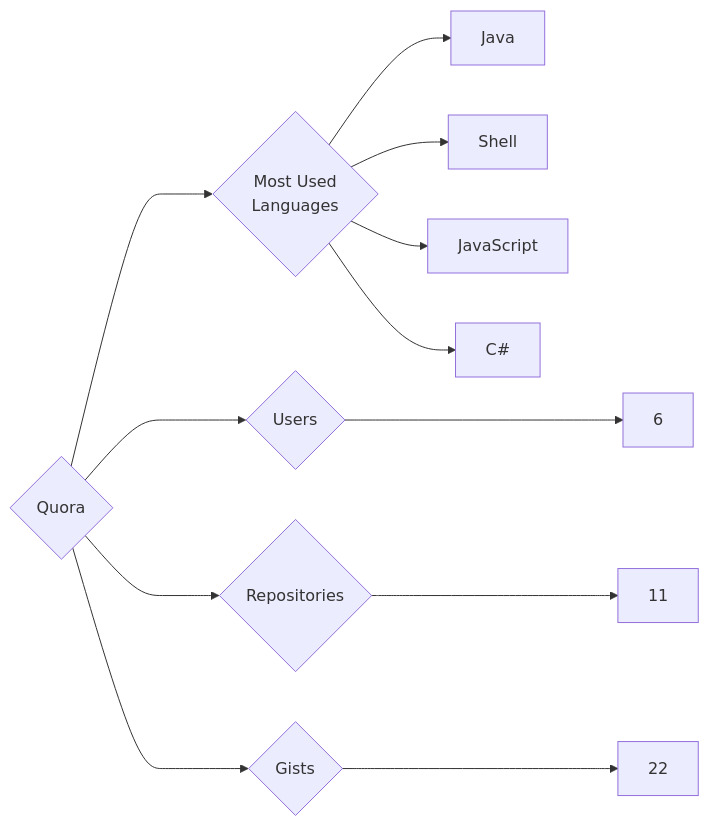
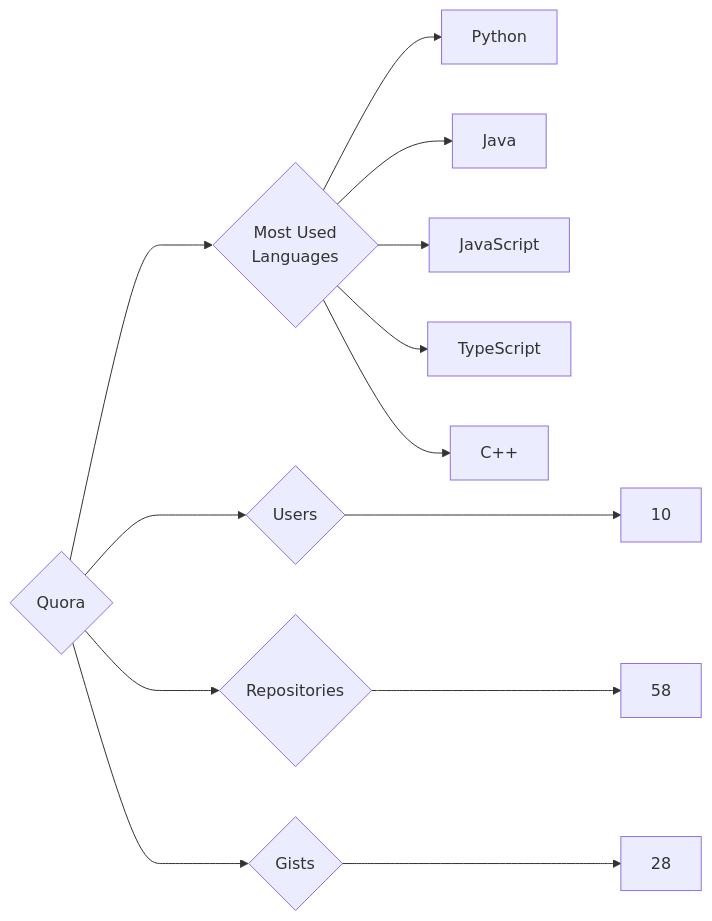
The diagram in targets/Quora/README.md (trickest/insiders), drawn with Mermaid before and after one commit. The commit also changed 1011 other files, not shown here.

````diff
--- a/targets/Quora/README.md
+++ b/targets/Quora/README.md
@@ -3,12 +3,13 @@
 ```mermaid
 graph LR
 COMPANY_NAME{Quora}
-COMPANY_NAME ---> U{Users} ---> UN[6]
-COMPANY_NAME ---> R{Repositories} ---> RN[11]
-COMPANY_NAME ---> G{Gists} ---> GN[22]
+COMPANY_NAME ---> U{Users} ---> UN[10]
+COMPANY_NAME ---> R{Repositories} ---> RN[58]
+COMPANY_NAME ---> G{Gists} ---> GN[28]
 COMPANY_NAME ---> ML{Most Used<br>Languages}
+ML --> Python[Python]
 ML --> Java[Java]
-ML --> Shell[Shell]
 ML --> JavaScript[JavaScript]
-ML --> C#[C#]
+ML --> TypeScript[TypeScript]
+ML --> C++[C++]
 ```
````
